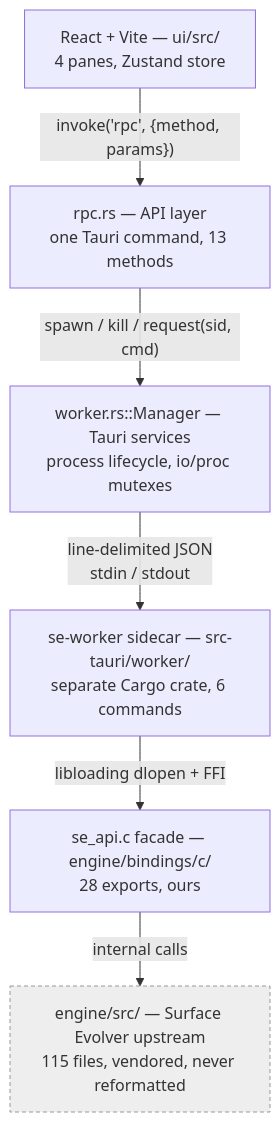
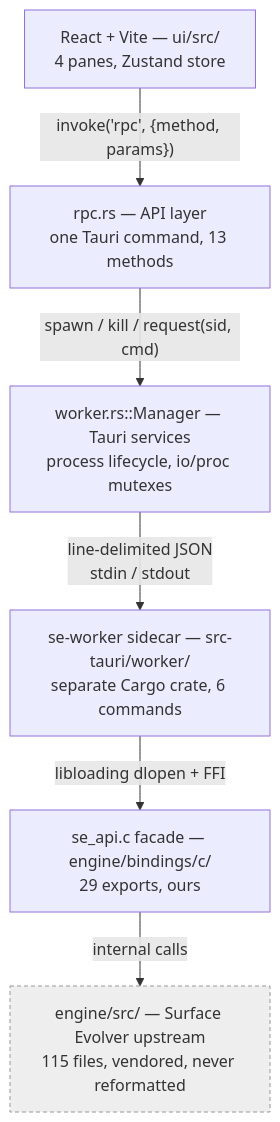
One commit to sersergious/surface-evolver changed the first of 6 diagrams in ARCHITECTURE.md. Above: the diagram before and after it, drawn with Mermaid. The commit also changed other lines of this file and 8 other files, not shown here.

````diff
--- a/ARCHITECTURE.md
+++ b/ARCHITECTURE.md
@@ -38,17 +38,17 @@
 ```mermaid
 flowchart TB
     UI["React + Vite — ui/src/<br/>4 panes, Zustand store"]
     RPC["rpc.rs — API layer<br/>one Tauri command, 13 methods"]
     MGR["worker.rs::Manager — Tauri services<br/>process lifecycle, io/proc mutexes"]
     WRK["se-worker sidecar — src-tauri/worker/<br/>separate Cargo crate, 6 commands"]
-    FACADE["se_api.c facade — engine/bindings/c/<br/>28 exports, ours"]
+    FACADE["se_api.c facade — engine/bindings/c/<br/>29 exports, ours"]
     ENGINE["engine/src/ — Surface Evolver upstream<br/>115 files, vendored, never reformatted"]
 
     UI -- "invoke('rpc', {method, params})" --> RPC
     RPC -- "spawn / kill / request(sid, cmd)" --> MGR
     MGR -- "line-delimited JSON<br/>stdin / stdout" --> WRK
     WRK -- "libloading dlopen + FFI" --> FACADE
     FACADE -- "internal calls" --> ENGINE
 
     style ENGINE fill:#eee,stroke:#999,stroke-dasharray: 4 3
 ```
````
